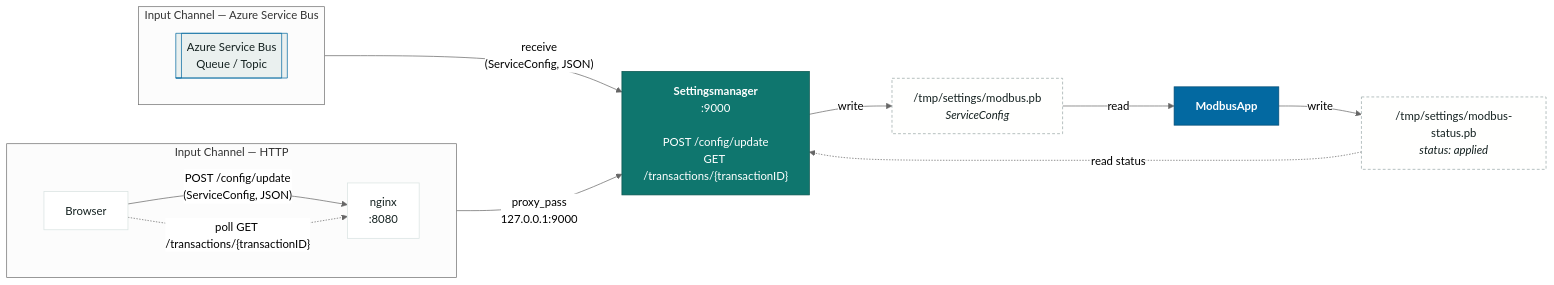
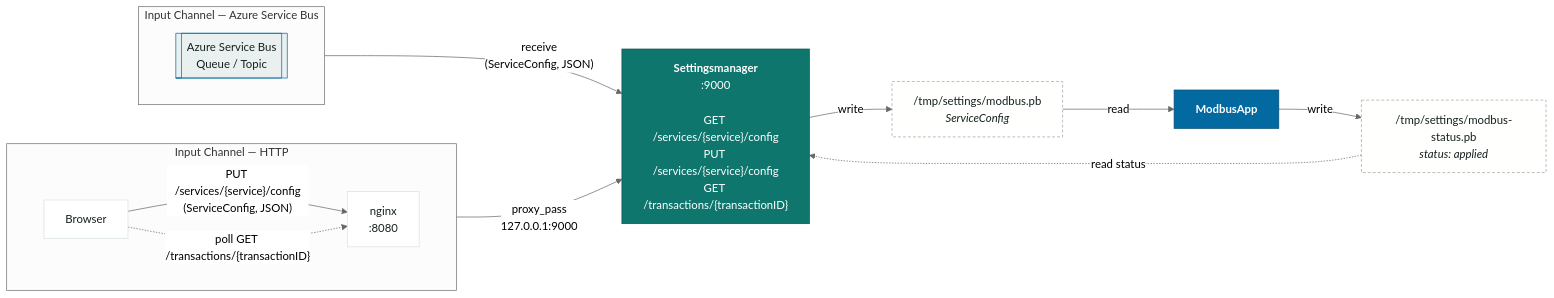
One commit to rwirdemann/settingsmanager-ngnix changed the diagram in docs/component-diagram.mmd. Above: the diagram before and after it, drawn with Mermaid. The commit also changed 6 other files, not shown here.

First line of the commit message:
feat: move the frontend to /services/{service}/config

```diff
--- a/docs/component-diagram.mmd
+++ b/docs/component-diagram.mmd
@@ -1,40 +1,40 @@
 %%{init: {'theme': 'neutral', 'flowchart': {'curve': 'basis', 'nodeSpacing': 55, 'rankSpacing': 80}} }%%
 flowchart LR
     subgraph http["Input Channel — HTTP"]
         direction LR
         B["Browser"]
         N["nginx<br/>:8080"]
-        B -- "POST /config/update<br/>(ServiceConfig, JSON)" --> N
+        B -- "PUT /services/{service}/config<br/>(ServiceConfig, JSON)" --> N
         B -. "poll GET /transactions/{transactionID}" .-> N
     end
 
     subgraph asb["Input Channel — Azure Service Bus"]
         direction LR
         Q[["Azure Service Bus<br/>Queue / Topic"]]
     end
 
-    SM["<b>Settingsmanager</b><br/>:9000<br/>&nbsp;<br/>POST /config/update<br/>GET /transactions/{transactionID}"]
+    SM["<b>Settingsmanager</b><br/>:9000<br/>&nbsp;<br/>GET /services/{service}/config<br/>PUT /services/{service}/config<br/>GET /transactions/{transactionID}"]
 
     F1["/tmp/settings/modbus.pb<br/><i>ServiceConfig</i>"]
     F2["/tmp/settings/modbus-status.pb<br/><i>status: applied</i>"]
 
     MA["<b>ModbusApp</b>"]
 
     N -- "proxy_pass<br/>127.0.0.1:9000" --> SM
     Q -- "receive<br/>(ServiceConfig, JSON)" --> SM
 
     SM -- "write" --> F1
     F1 -- "read" --> MA
     MA -- "write" --> F2
     F2 -. "read status" .-> SM
 
     classDef svc fill:#0f766e,stroke:#0b544e,color:#ffffff,stroke-width:1px
     classDef app fill:#0369a1,stroke:#024b74,color:#ffffff,stroke-width:1px
     classDef edge fill:#ffffff,stroke:#d8e2e1,color:#142120
     classDef broker fill:#eaf0ef,stroke:#0369a1,color:#142120
     classDef file fill:#fffffe,stroke:#9aa8a7,color:#142120,stroke-dasharray:4 3
     class SM svc
     class MA app
     class B,N edge
     class Q broker
     class F1,F2 file
```
